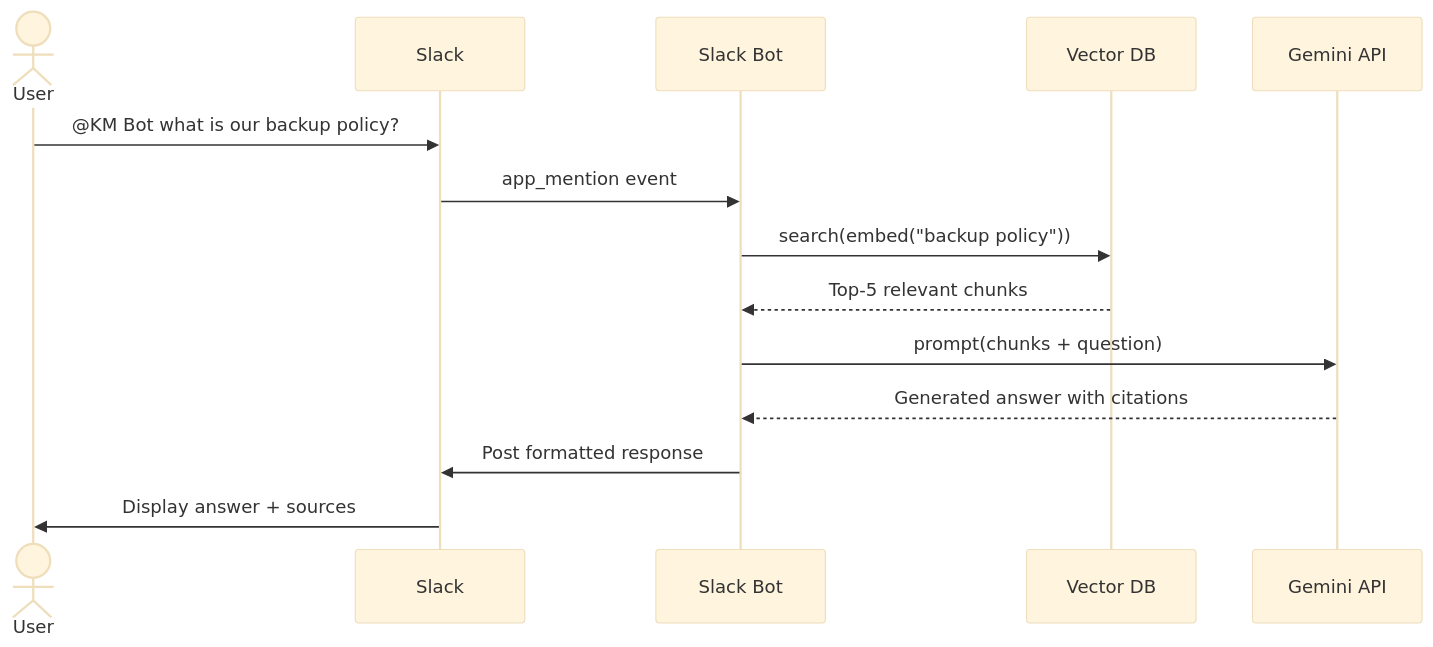
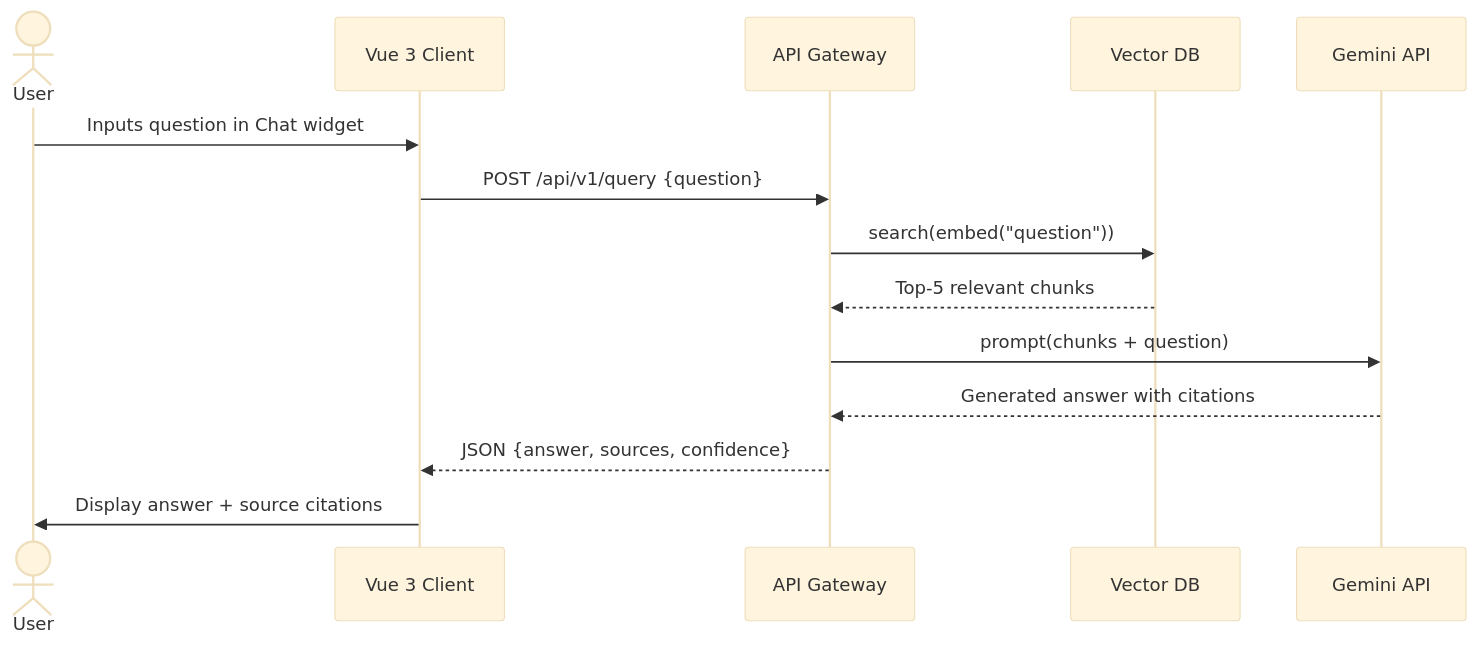
The first of 2 diagrams in docs/4_Week4_Interoperability_Deployment_Evaluation.md (akram-dris/evo-know), drawn with Mermaid (base theme) before and after one commit. The commit also changed other lines of this file and 10 other files, not shown here.

````diff
--- a/docs/4_Week4_Interoperability_Deployment_Evaluation.md
+++ b/docs/4_Week4_Interoperability_Deployment_Evaluation.md
@@ -441,17 +452,17 @@
 ```mermaid
 sequenceDiagram
     actor User
-    participant Slack
-    participant Bot as Slack Bot
+    participant Vue as Vue 3 Client
+    participant GW as API Gateway
     participant FAISS as Vector DB
     participant LLM as Gemini API
 
-    User->>Slack: @KM Bot what is our backup policy?
-    Slack->>Bot: app_mention event
-    Bot->>FAISS: search(embed("backup policy"))
-    FAISS-->>Bot: Top-5 relevant chunks
-    Bot->>LLM: prompt(chunks + question)
-    LLM-->>Bot: Generated answer with citations
-    Bot->>Slack: Post formatted response
-    Slack->>User: Display answer + sources
+    User->>Vue: Inputs question in Chat widget
+    Vue->>GW: POST /api/v1/query {question}
+    GW->>FAISS: search(embed("question"))
+    FAISS-->>GW: Top-5 relevant chunks
+    GW->>LLM: prompt(chunks + question)
+    LLM-->>GW: Generated answer with citations
+    GW-->>Vue: JSON {answer, sources, confidence}
+    Vue->>User: Display answer + source citations
 ```
````
